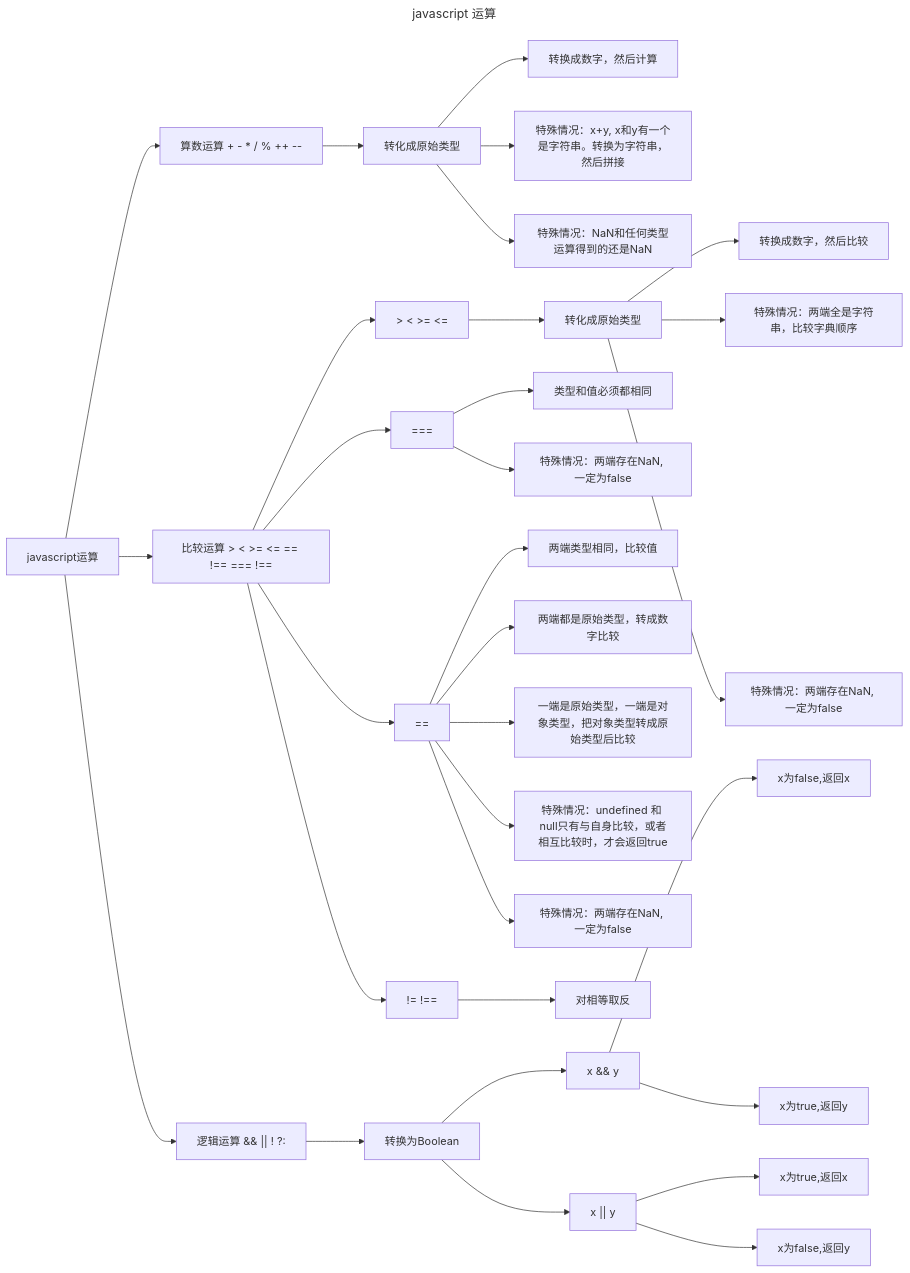
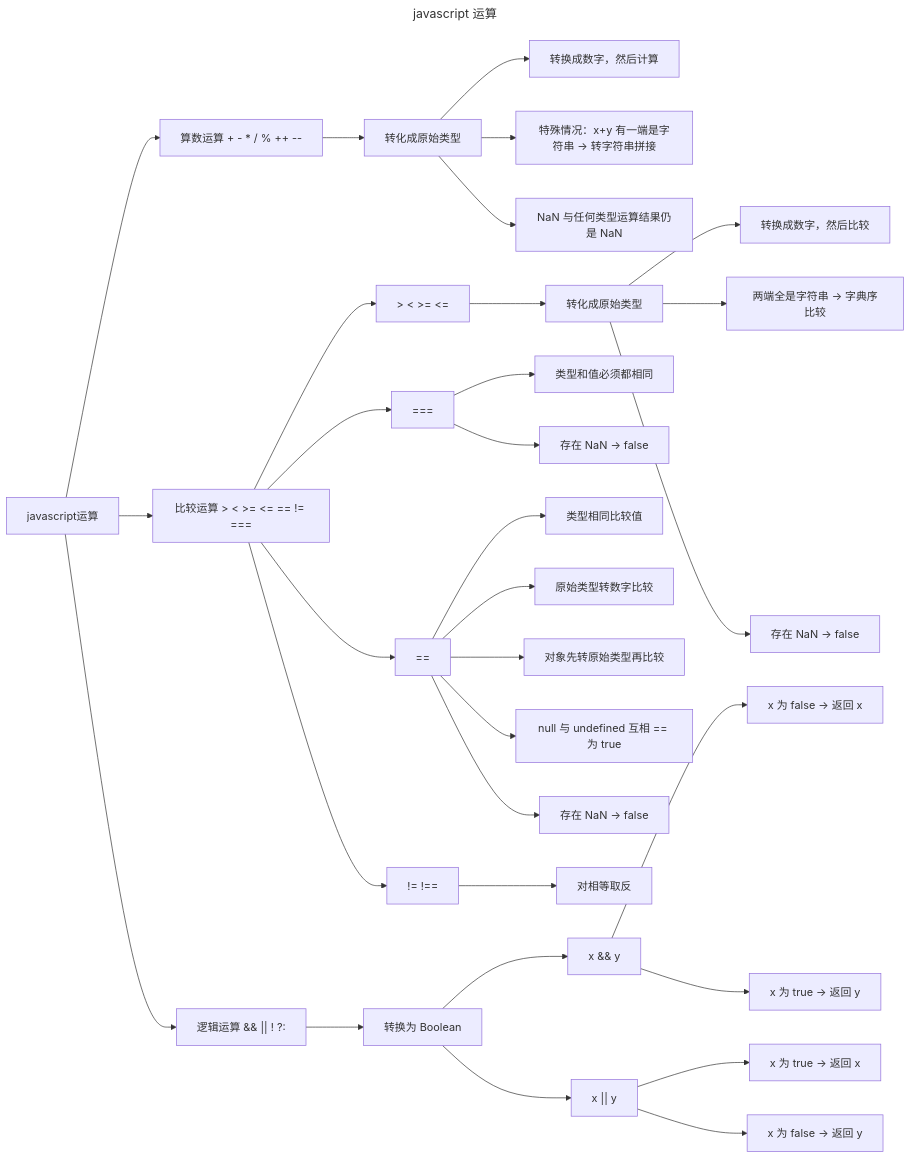
Before and after one commit to dyywork/blog: the diagram in docs/document/js/README.md, drawn with Mermaid. The commit also changed other lines of this file and 7 other files, not shown here.

````diff
--- a/docs/document/js/README.md
+++ b/docs/document/js/README.md
@@ -32,15 +65,15 @@
 ```mermaid
 ---
 title: javascript 运算
 ---
 %%{init: {"flowchart": {"htmlLabels": false}} }%%
 flowchart LR
-   javascript运算 --> 1[算数运算 + - * / % ++ --] & 2["`比较运算 > < >= <= == !== === !==`"] & 3["`逻辑运算 && || ! ?:`"] 
-   1 --> 1.0[转化成原始类型] --> 1.1[转换成数字，然后计算] & 1.2["`特殊情况：x+y, x和y有一个是字符串。转换为字符串，然后拼接`"] & 1.3["`特殊情况：NaN和任何类型运算得到的还是NaN`"]
-   2 --> a["`> < >= <=`"] --> 2.0[转化成原始类型] --> 2.1[转换成数字，然后比较] & 2.2["`特殊情况：两端全是字符串，比较字典顺序`"] & 2.3["`特殊情况：两端存在NaN, 一定为false`"]
-   2 --> b["`===`"] --> b.1[类型和值必须都相同] & b.2["`特殊情况：两端存在NaN, 一定为false`"]
-   2 --> c["`==`"] --> c.1[两端类型相同，比较值] & c.2[两端都是原始类型，转成数字比较] & c.3[一端是原始类型，一端是对象类型，把对象类型转成原始类型后比较] & c.4["`特殊情况：undefined 和 null只有与自身比较，或者相互比较时，才会返回true`"] & c.5["`特殊情况：两端存在NaN, 一定为false`"]
+   javascript运算 --> 1[算数运算 + - * / % ++ --] & 2["`比较运算 > < >= <= == != ===`"] & 3["`逻辑运算 && || ! ?:`"]
+   1 --> 1.0[转化成原始类型] --> 1.1[转换成数字，然后计算] & 1.2["`特殊情况：x+y 有一端是字符串 → 转字符串拼接`"] & 1.3["`NaN 与任何类型运算结果仍是 NaN`"]
+   2 --> a["`> < >= <=`"] --> 2.0[转化成原始类型] --> 2.1[转换成数字，然后比较] & 2.2["`两端全是字符串 → 字典序比较`"] & 2.3["`存在 NaN → false`"]
+   2 --> b["`===`"] --> b.1[类型和值必须都相同] & b.2["`存在 NaN → false`"]
+   2 --> c["`==`"] --> c.1[类型相同比较值] & c.2[原始类型转数字比较] & c.3[对象先转原始类型再比较] & c.4["`null 与 undefined 互相 == 为 true`"] & c.5["`存在 NaN → false`"]
    2 --> d["`!= !==`"] --> d.1["`对相等取反`"]
-   3 --> 3.0[转换为Boolean] --> e.1["`x && y`"] --> e.1.1["x为false,返回x"] & e.1.2[x为true,返回y]
-   3.0 --> f.1["`x || y`"] --> f.1.1["x为true,返回x"] & f.1.2[x为false,返回y]
+   3 --> 3.0[转换为 Boolean] --> e.1["`x && y`"] --> e.1.1["x 为 false → 返回 x"] & e.1.2["x 为 true → 返回 y"]
+   3.0 --> f.1["`x || y`"] --> f.1.1["x 为 true → 返回 x"] & f.1.2["x 为 false → 返回 y"]
 ```
````
